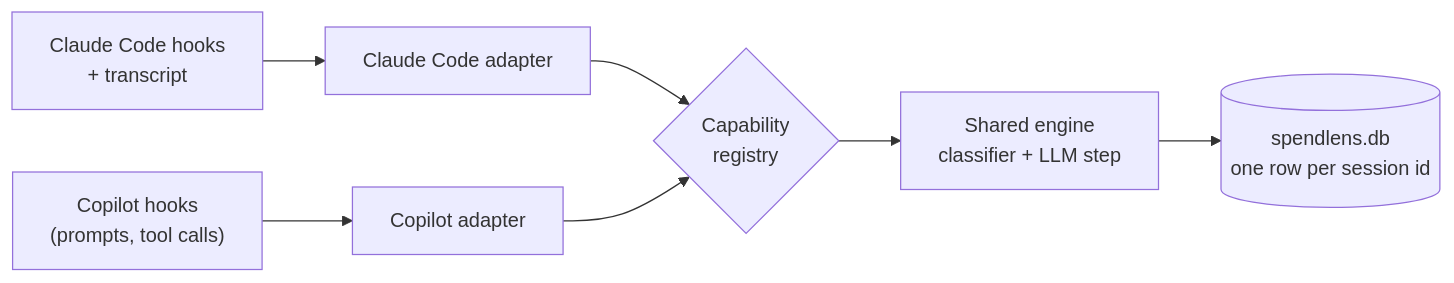
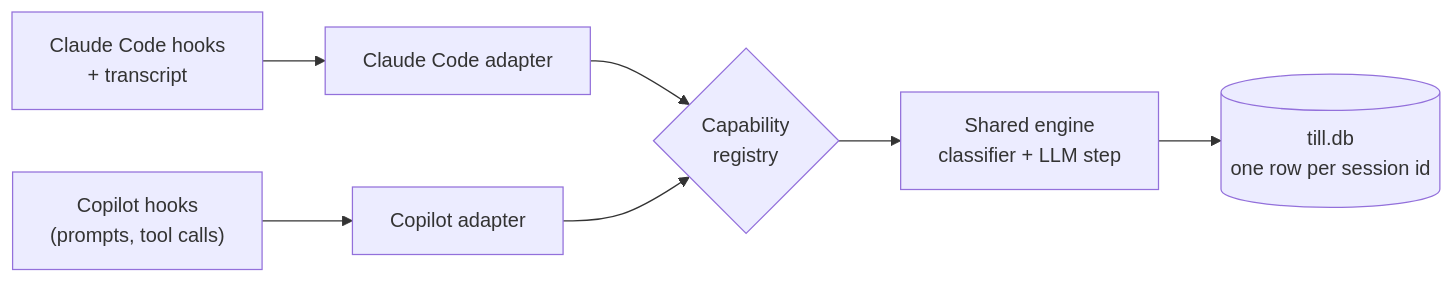
The first of 2 diagrams in docs/architecture.md (andrew44/agentarium), drawn with Mermaid before and after one commit. The commit also changed other lines of this file and 207 other files, not shown here.

First line of the commit message:
Rename tokenomics to agentarium, and spendlens to till

````diff
--- a/docs/architecture.md
+++ b/docs/architecture.md
@@ -7,9 +7,9 @@
 ```mermaid
 flowchart LR
     CC["Claude Code hooks<br/>+ transcript"] --> A1["Claude Code adapter"]
     GH["Copilot hooks<br/>(prompts, tool calls)"] --> A2["Copilot adapter"]
     A1 --> CAP{"Capability<br/>registry"}
     A2 --> CAP
     CAP --> E["Shared engine<br/>classifier + LLM step"]
-    E --> DB[("spendlens.db<br/>one row per session id")]
+    E --> DB[("till.db<br/>one row per session id")]
 ```
````
